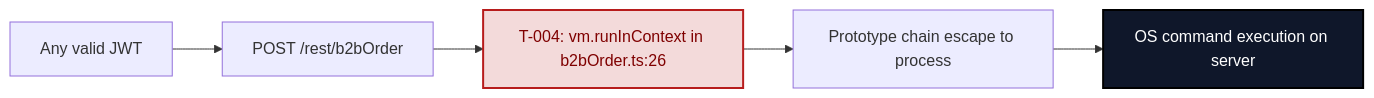
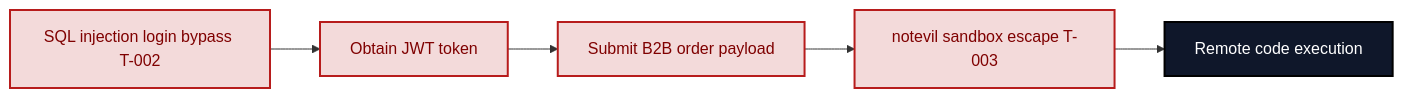
Before and after one commit to appsec-foundry/appsec-advisor: the seventh of 10 diagrams in examples/threat-modeler/threat-mode-juice-shop-quick.md, drawn with Mermaid. The commit also changed other lines of this file and 10 other files, not shown here.

````diff
--- a/examples/threat-modeler/threat-mode-juice-shop-quick.md
+++ b/examples/threat-modeler/threat-mode-juice-shop-quick.md
@@ -494,12 +464,11 @@
 ```mermaid
 graph LR
-    A[Any valid JWT] --> B[POST /rest/b2bOrder]
-    B --> C[T-004: vm.runInContext in b2bOrder.ts:26]
-    C --> D[Prototype chain escape to process]
-    D --> E[OS command execution on server]
-
     classDef risk fill:#f3dada,stroke:#b71c1c,color:#7f0000,stroke-width:2px
     classDef impact fill:#0f172a,stroke:#000,color:#fff,stroke-width:2px
-    class C risk
-    class E impact
+    B1["SQL injection login bypass T-002"]:::risk
+    B2["Obtain JWT token"]:::risk
+    B3["Submit B2B order payload"]:::risk
+    B4["notevil sandbox escape T-003"]:::risk
+    B5["Remote code execution"]:::impact
+    B1 --> B2 --> B3 --> B4 --> B5
 ```
````
